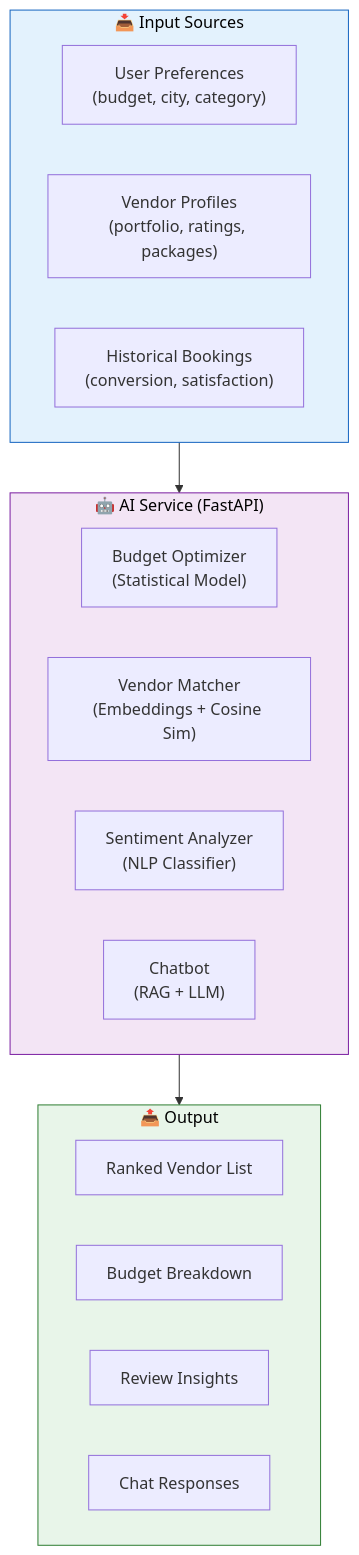
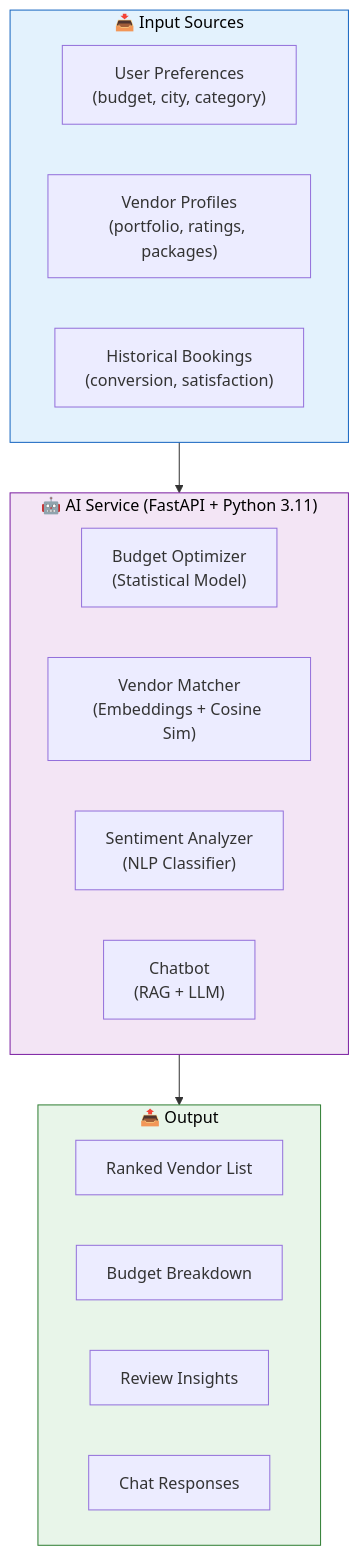
Before and after one commit to harib8000/wed: diagram 31 of 33 in README.md, drawn with Mermaid. The commit also changed other lines of this file and 11 other files, not shown here.

First line of the commit message:
docs: world-class golden standard README — 3563 lines, 33 mermaid diagrams, 35 sections, 111 sub-headings

````diff
--- a/README.md
+++ b/README.md
@@ -1747,28 +2695,28 @@
 ```mermaid
 flowchart TD
     subgraph INPUT["📥 Input Sources"]
         I1["User Preferences<br/>(budget, city, category)"]
         I2["Vendor Profiles<br/>(portfolio, ratings, packages)"]
         I3["Historical Bookings<br/>(conversion, satisfaction)"]
     end
 
-    subgraph AI_ENGINE["🤖 AI Service (FastAPI)"]
+    subgraph AI_ENGINE["🤖 AI Service (FastAPI + Python 3.11)"]
         M1["Budget Optimizer<br/>(Statistical Model)"]
         M2["Vendor Matcher<br/>(Embeddings + Cosine Sim)"]
         M3["Sentiment Analyzer<br/>(NLP Classifier)"]
         M4["Chatbot<br/>(RAG + LLM)"]
     end
 
     subgraph OUTPUT["📤 Output"]
         O1["Ranked Vendor List"]
         O2["Budget Breakdown"]
         O3["Review Insights"]
         O4["Chat Responses"]
     end
 
     INPUT --> AI_ENGINE --> OUTPUT
 
     style INPUT fill:#e3f2fd,stroke:#1565c0,color:#000
     style AI_ENGINE fill:#f3e5f5,stroke:#7b1fa2,color:#000
     style OUTPUT fill:#e8f5e9,stroke:#2e7d32,color:#000
 ```
````
